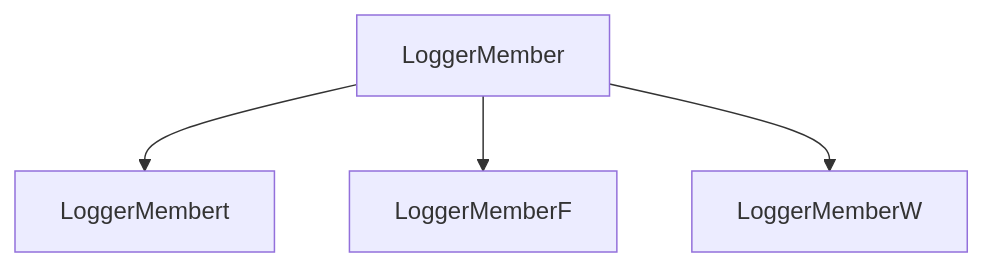
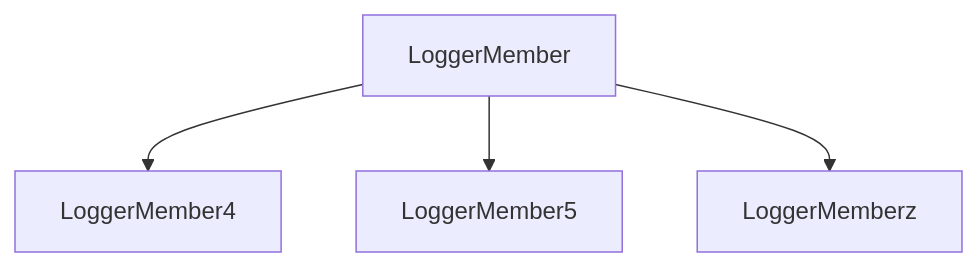
The diagram in mermaid.md (ellementul/uee-core), drawn with Mermaid before and after one commit. The commit also changed 4 other files, not shown here.

````diff
--- a/mermaid.md
+++ b/mermaid.md
@@ -1,11 +1,11 @@
 ```mermaid
  flowchart TD
-    BkVsD9kz1CIca988KQHPBhp8Al1jNPptadUAgRf[LoggerMember]
-    tEItVsJDV6LZdjGVju5YiuFev3hjCjsgb2MUr5b7[LoggerMembert]
-    Fp41435xAA2aqBjUzXbrDTau12pUpOY5NlS38fQk[LoggerMemberF]
-    WPQK6pczAMFaQoOpOKUlnoe1PtcoRLwLk2viN[LoggerMemberW]
+    xtGXzGD3FIaSEB[LoggerMember]
+    4SKMwfUe2TaAAPRYN2amyIiqEmp9nkV7KLzq8IfJ[LoggerMember4]
+    5nQa6yxl7VvPSncc79JsCy9ekNohOmrZFfBeQZhe[LoggerMember5]
+    zCGazstuqWm8DE3bpOFWKXfY71waCBAQpKdVyeDJ[LoggerMemberz]
 
-    BkVsD9kz1CIca988KQHPBhp8Al1jNPptadUAgRf --> tEItVsJDV6LZdjGVju5YiuFev3hjCjsgb2MUr5b7
-    BkVsD9kz1CIca988KQHPBhp8Al1jNPptadUAgRf --> Fp41435xAA2aqBjUzXbrDTau12pUpOY5NlS38fQk
-    BkVsD9kz1CIca988KQHPBhp8Al1jNPptadUAgRf --> WPQK6pczAMFaQoOpOKUlnoe1PtcoRLwLk2viN
+    xtGXzGD3FIaSEB --> 4SKMwfUe2TaAAPRYN2amyIiqEmp9nkV7KLzq8IfJ
+    xtGXzGD3FIaSEB --> 5nQa6yxl7VvPSncc79JsCy9ekNohOmrZFfBeQZhe
+    xtGXzGD3FIaSEB --> zCGazstuqWm8DE3bpOFWKXfY71waCBAQpKdVyeDJ
 ```
````
